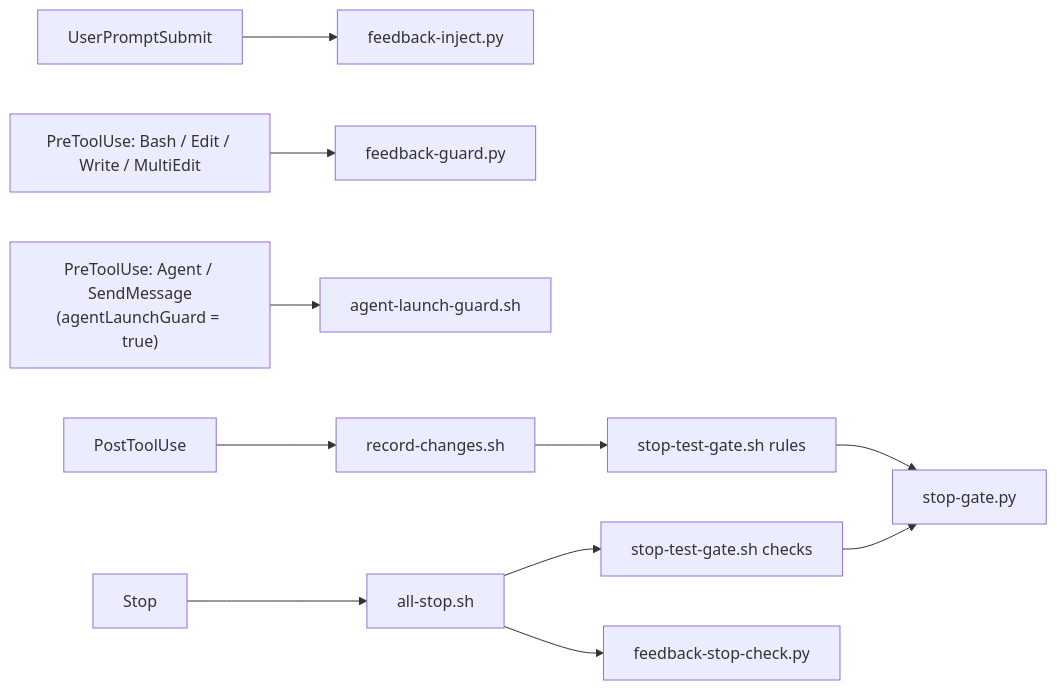
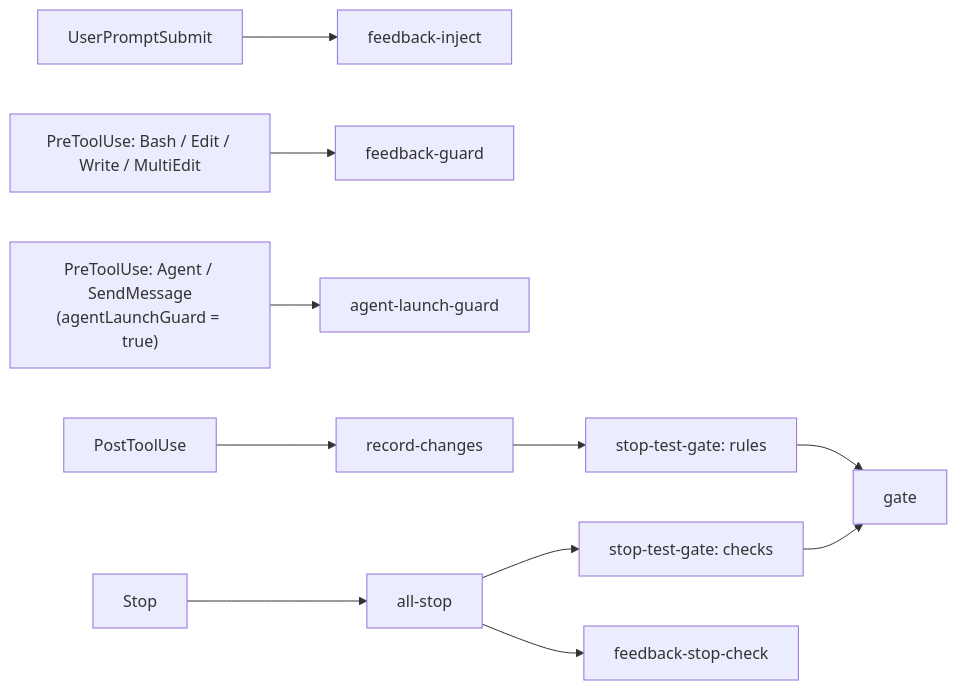
One commit to nonchan7720/claude-hook-gate changed the diagram in README.md. Above: the diagram before and after it, drawn with Mermaid. The commit also changed other lines of this file and 72 other files, not shown here.

````diff
--- a/README.md
+++ b/README.md
@@ -37,13 +37,13 @@
 ```mermaid
 flowchart LR
-  P[UserPromptSubmit] --> I[feedback-inject.py]
-  T[PreToolUse: Bash / Edit / Write / MultiEdit] --> G[feedback-guard.py]
-  T2["PreToolUse: Agent / SendMessage<br/>(agentLaunchGuard = true)"] --> AL[agent-launch-guard.sh]
-  E[PostToolUse] --> R[record-changes.sh]
-  R --> S[stop-test-gate.sh rules]
-  S --> SG[stop-gate.py]
-  X[Stop] --> A[all-stop.sh]
-  A --> C[stop-test-gate.sh checks]
-  A --> F[feedback-stop-check.py]
+  P[UserPromptSubmit] --> I[feedback-inject]
+  T[PreToolUse: Bash / Edit / Write / MultiEdit] --> G[feedback-guard]
+  T2["PreToolUse: Agent / SendMessage<br/>(agentLaunchGuard = true)"] --> AL[agent-launch-guard]
+  E[PostToolUse] --> R[record-changes]
+  R --> S[stop-test-gate: rules]
+  S --> SG[gate]
+  X[Stop] --> A[all-stop]
+  A --> C[stop-test-gate: checks]
+  A --> F[feedback-stop-check]
   C --> SG
 ```
````
